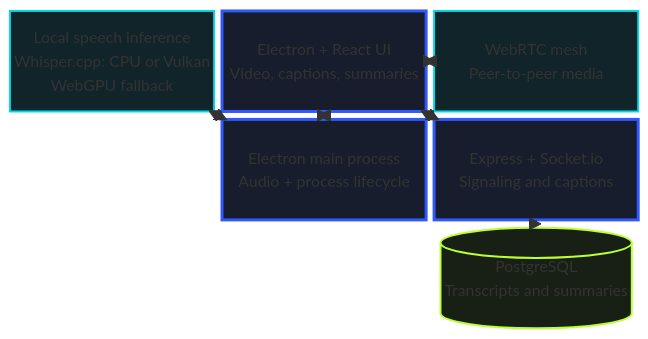
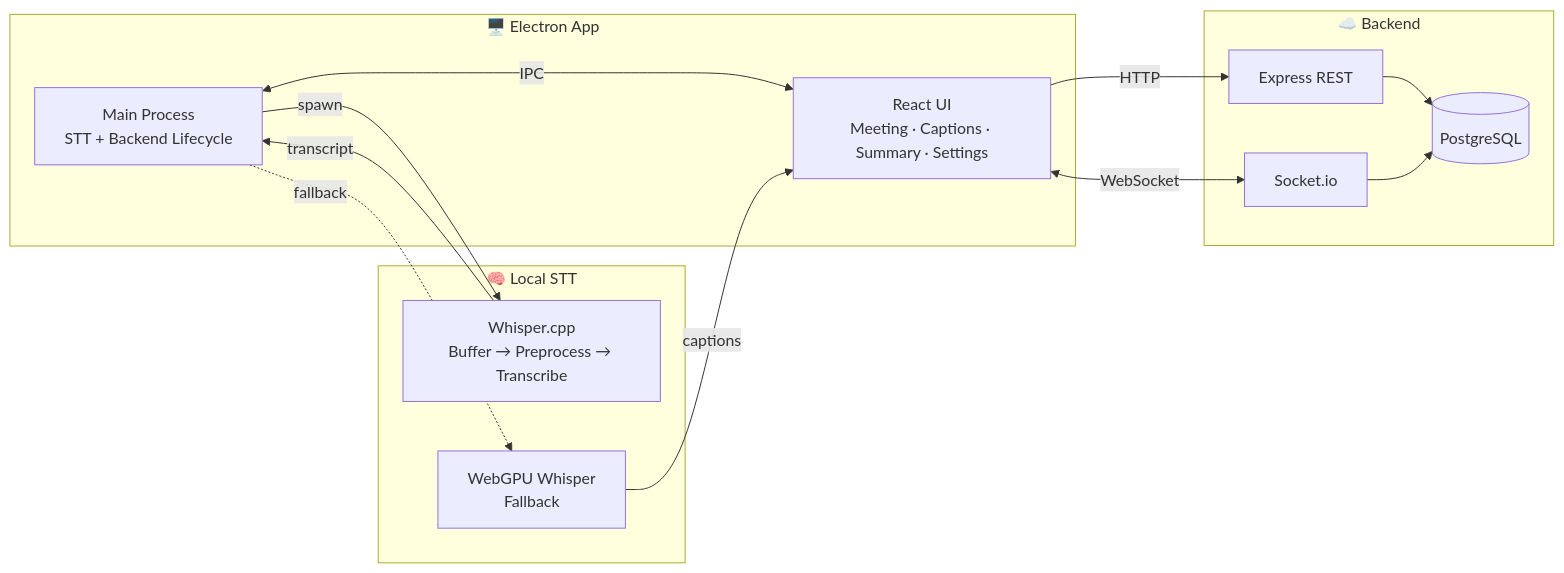
Before and after one commit to khuongngoduc0310/Portfolio: the diagram in assets/projects/diagrams/meetsummarizer-system-overview.mmd, drawn with Mermaid. The commit also changed 6 other files, not shown here.

Commit message:
Use compact project flowcharts

```diff
--- a/assets/projects/diagrams/meetsummarizer-system-overview.mmd
+++ b/assets/projects/diagrams/meetsummarizer-system-overview.mmd
@@ -1,25 +1,30 @@
 %% Source: SummarizerApp README system architecture.
-block-beta
-    columns 3
-    LOCAL["Local speech inference<br/>Whisper.cpp: CPU or Vulkan<br/>WebGPU fallback"]
-    UI["Electron + React UI<br/>Video, captions, summaries"]
-    RTC["WebRTC mesh<br/>Peer-to-peer media"]
-    space
-    MAIN["Electron main process<br/>Audio + process lifecycle"]
-    API["Express + Socket.io<br/>Signaling and captions"]
-    space
-    space
-    DB[("PostgreSQL<br/>Transcripts and summaries")]
+graph LR
+    accTitle: MeetSummarizer system overview
+    accDescr: The Electron app connects to native or WebGPU speech transcription and an Express, Socket.io, and PostgreSQL backend.
 
-    LOCAL <--> MAIN
-    MAIN <--> UI
-    UI <--> RTC
-    UI <--> API
-    API --> DB
+    subgraph App["🖥️ Electron App"]
+        Main["Main Process<br/>STT + Backend Lifecycle"]
+        UI["React UI<br/>Meeting · Captions · Summary · Settings"]
+        Main <-->|IPC| UI
+    end
 
-    classDef core fill:#171d2c,stroke:#3157ff,stroke-width:3px,color:#f7f7f2
-    classDef local fill:#10242a,stroke:#00d9e8,stroke-width:2px,color:#f7f7f2
-    classDef data fill:#182016,stroke:#b9ff32,stroke-width:2px,color:#f7f7f2
-    class UI,MAIN,API core
-    class LOCAL,RTC local
-    class DB data
+    subgraph STT["🧠 Local STT"]
+        Native["Whisper.cpp<br/>Buffer → Preprocess → Transcribe"]
+        WebGPU["WebGPU Whisper<br/>Fallback"]
+    end
+
+    subgraph Server["☁️ Backend"]
+        API["Express REST"]
+        Socket["Socket.io"]
+        DB[("PostgreSQL")]
+        API --> DB
+        Socket --> DB
+    end
+
+    Main -->|spawn| Native
+    Main -.->|fallback| WebGPU
+    Native -->|transcript| Main
+    WebGPU -->|captions| UI
+    UI -->|HTTP| API
+    UI <-->|WebSocket| Socket
```
